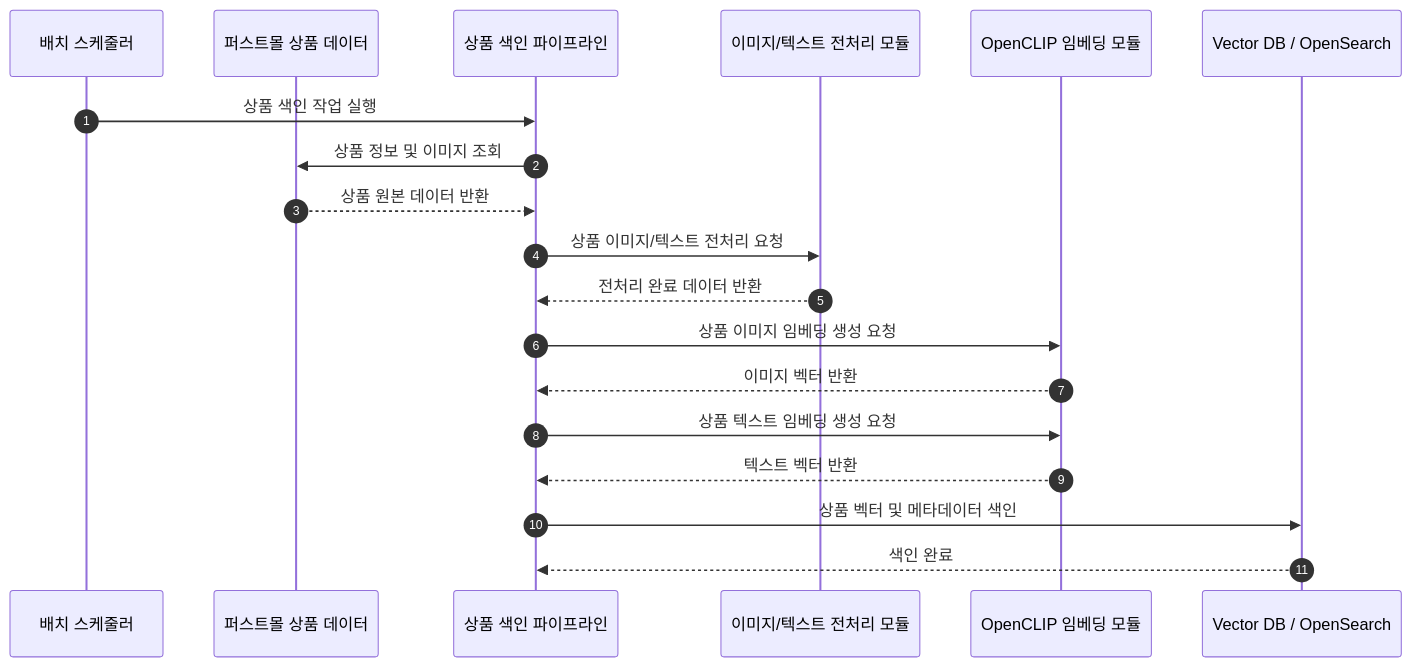
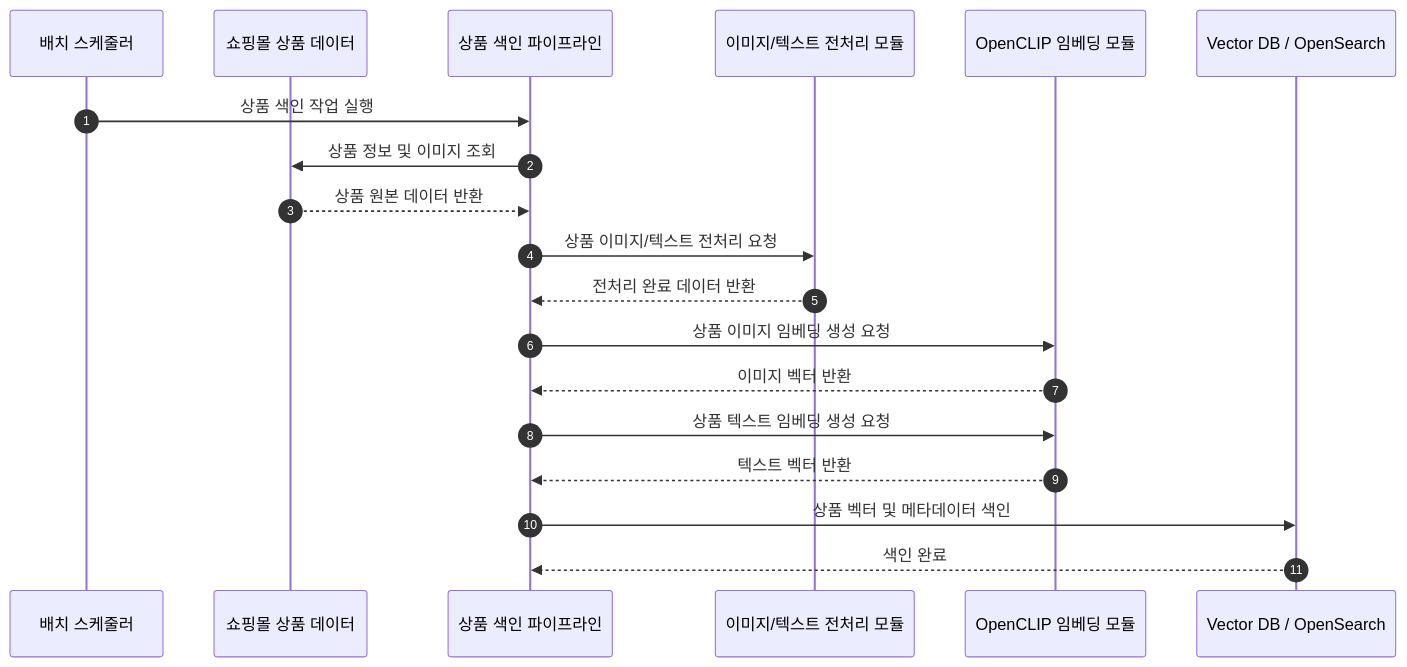
One commit to cincin00/playground-CLIP changed the seventh of 7 diagrams in README.md. Above: the diagram before and after it, drawn with Mermaid. The commit also changed other lines of this file, not shown here.

Commit message:
README.md 파일 업데이트: 퍼스트몰 관련 용어를 쇼핑몰로 변경

````diff
--- a/README.md
+++ b/README.md
@@ -209,26 +209,26 @@
 ```mermaid
 sequenceDiagram
     autonumber
     participant Scheduler as 배치 스케줄러
-    participant FMDB as 퍼스트몰 상품 데이터
+    participant FMDB as 쇼핑몰 상품 데이터
     participant Indexer as 상품 색인 파이프라인
     participant PRE as 이미지/텍스트 전처리 모듈
     participant CLIP as OpenCLIP 임베딩 모듈
     participant VDB as Vector DB / OpenSearch
 
     Scheduler->>Indexer: 상품 색인 작업 실행
     Indexer->>FMDB: 상품 정보 및 이미지 조회
     FMDB-->>Indexer: 상품 원본 데이터 반환
 
     Indexer->>PRE: 상품 이미지/텍스트 전처리 요청
     PRE-->>Indexer: 전처리 완료 데이터 반환
 
     Indexer->>CLIP: 상품 이미지 임베딩 생성 요청
     CLIP-->>Indexer: 이미지 벡터 반환
 
     Indexer->>CLIP: 상품 텍스트 임베딩 생성 요청
     CLIP-->>Indexer: 텍스트 벡터 반환
 
     Indexer->>VDB: 상품 벡터 및 메타데이터 색인
     VDB-->>Indexer: 색인 완료
 ```
````
